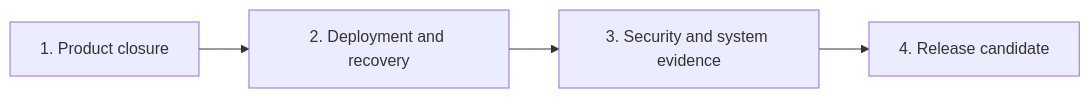
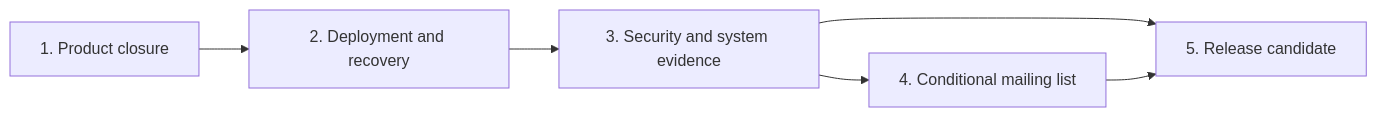
Before and after one commit to tee8z/maincopy: the diagram in docs/implementation.md, drawn with Mermaid. The commit also changed other lines of this file and 2 other files, not shown here.

````diff
--- a/docs/implementation.md
+++ b/docs/implementation.md
@@ -23,6 +23,8 @@
 ```mermaid
 flowchart LR
     Product[1. Product closure] --> Operations[2. Deployment and recovery]
     Operations --> Review[3. Security and system evidence]
-    Review --> Release[4. Release candidate]
+    Review --> Mail[4. Conditional mailing list]
+    Review --> Release[5. Release candidate]
+    Mail --> Release
 ```
````
